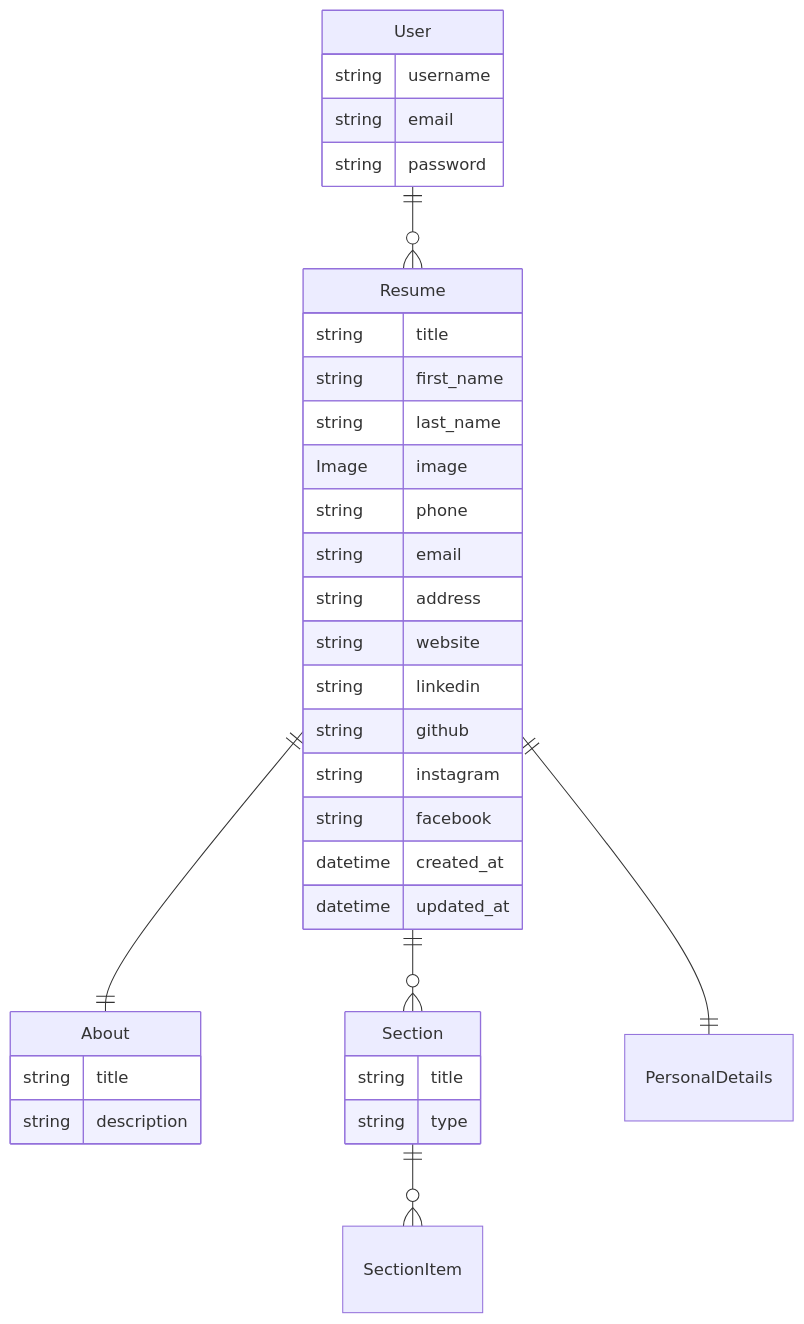
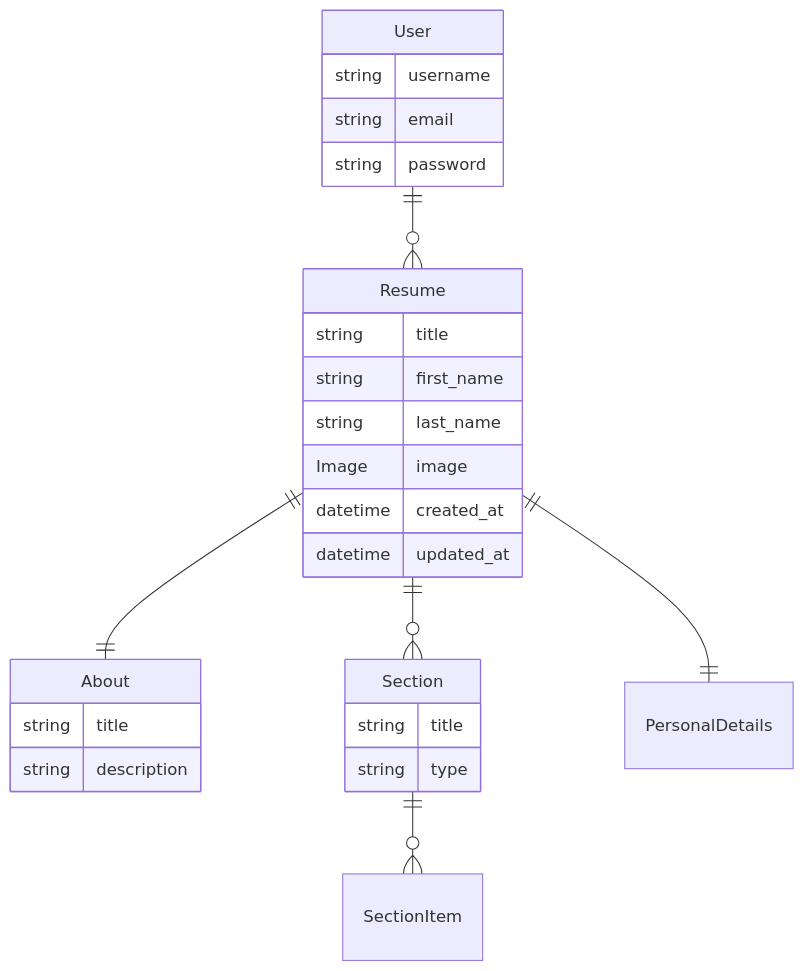
One commit to Guillaumecoi/Resume-builder changed the first of 2 diagrams in doc/model.md. Above: the diagram before and after it, drawn with Mermaid. The commit also changed other lines of this file and 11 other files, not shown here.

````diff
--- a/doc/model.md
+++ b/doc/model.md
@@ -3,40 +3,32 @@
 ```mermaid
 erDiagram
     User {
         string username
         string email
         string password
     }
     Resume {
         string title
         string first_name
         string last_name
         Image image
-        string phone
-        string email
-        string address
-        string website
-        string linkedin
-        string github
-        string instagram
-        string facebook
         datetime created_at
         datetime updated_at
     }
     About {
         string title
         string description
     }
     Section {
         string title
         string type
     }
     SectionItem {
     }
 
     User ||--o{ Resume : ""
     Resume ||--o{ Section : ""
     Resume ||--|| PersonalDetails : ""
     Resume ||--|| About : ""
     Section ||--o{ SectionItem : ""
 ```
````
